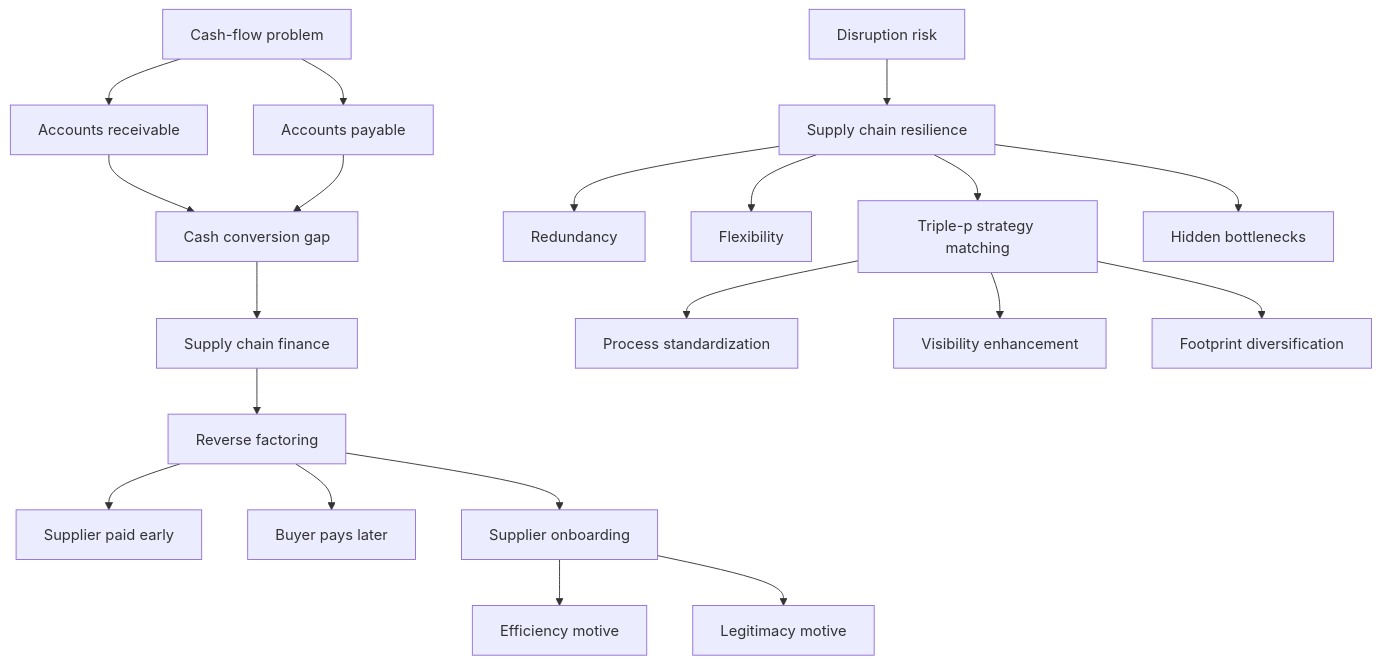
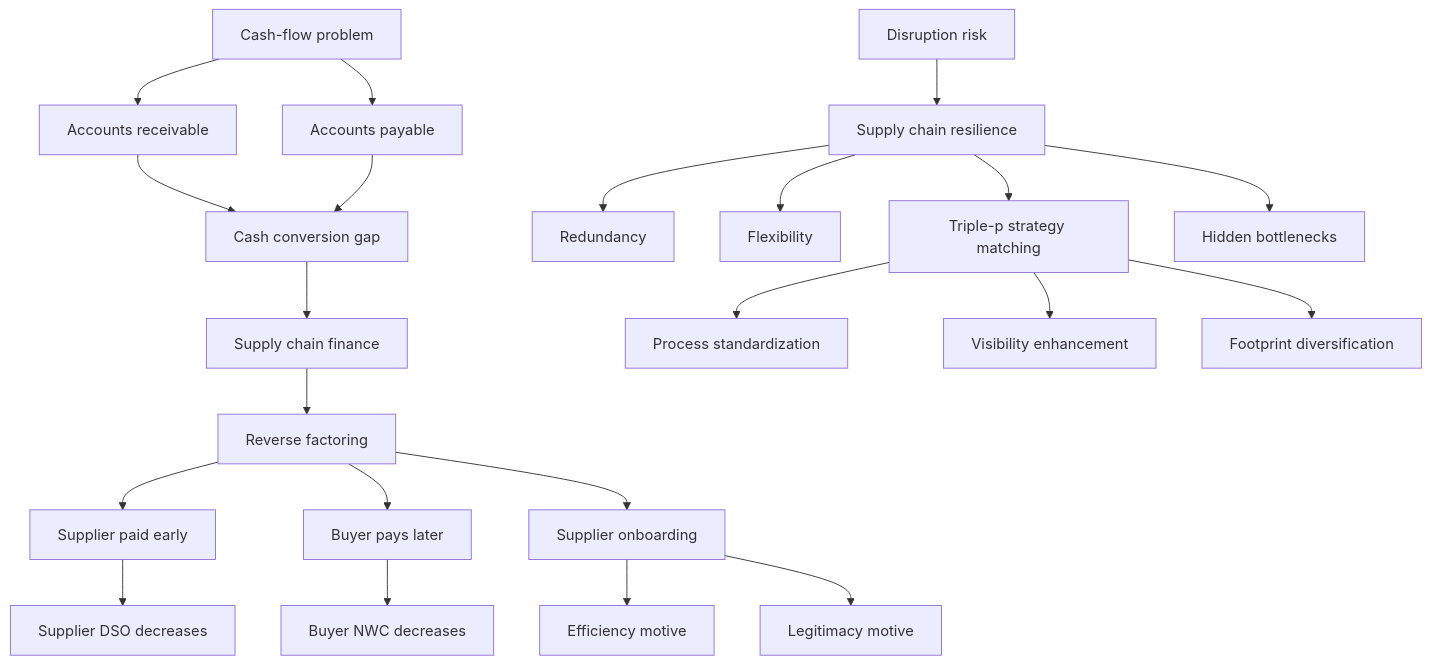
The diagram in supply-chain-management/wiki/topic-12-supply-chain-finance-and-resilience/CONTEXT.md (aerkn1/TUM-semester-2), drawn with Mermaid before and after one commit. The commit also changed other lines of this file and 173 other files, not shown here.

````diff
--- a/supply-chain-management/wiki/topic-12-supply-chain-finance-and-resilience/CONTEXT.md
+++ b/supply-chain-management/wiki/topic-12-supply-chain-finance-and-resilience/CONTEXT.md
@@ -115,23 +128,25 @@
 ```mermaid
 flowchart TD
     Cash[Cash-flow problem] --> AR[Accounts receivable]
     Cash --> AP[Accounts payable]
     AR --> Gap[Cash conversion gap]
     AP --> Gap
     Gap --> SCF[Supply chain finance]
     SCF --> RF[Reverse factoring]
     RF --> SupplierPay[Supplier paid early]
     RF --> BuyerDPO[Buyer pays later]
+    SupplierPay --> SupplierDSO[Supplier DSO decreases]
+    BuyerDPO --> BuyerNWC[Buyer NWC decreases]
     RF --> Onboarding[Supplier onboarding]
     Onboarding --> Efficiency[Efficiency motive]
     Onboarding --> Legitimacy[Legitimacy motive]
 
     Disruption[Disruption risk] --> Resilience[Supply chain resilience]
     Resilience --> Redundancy[Redundancy]
     Resilience --> Flexibility[Flexibility]
     Resilience --> TripleP[Triple-p strategy matching]
     TripleP --> Standardization[Process standardization]
     TripleP --> Visibility[Visibility enhancement]
     TripleP --> Footprint[Footprint diversification]
     Resilience --> Hidden[Hidden bottlenecks]
 ```
````
